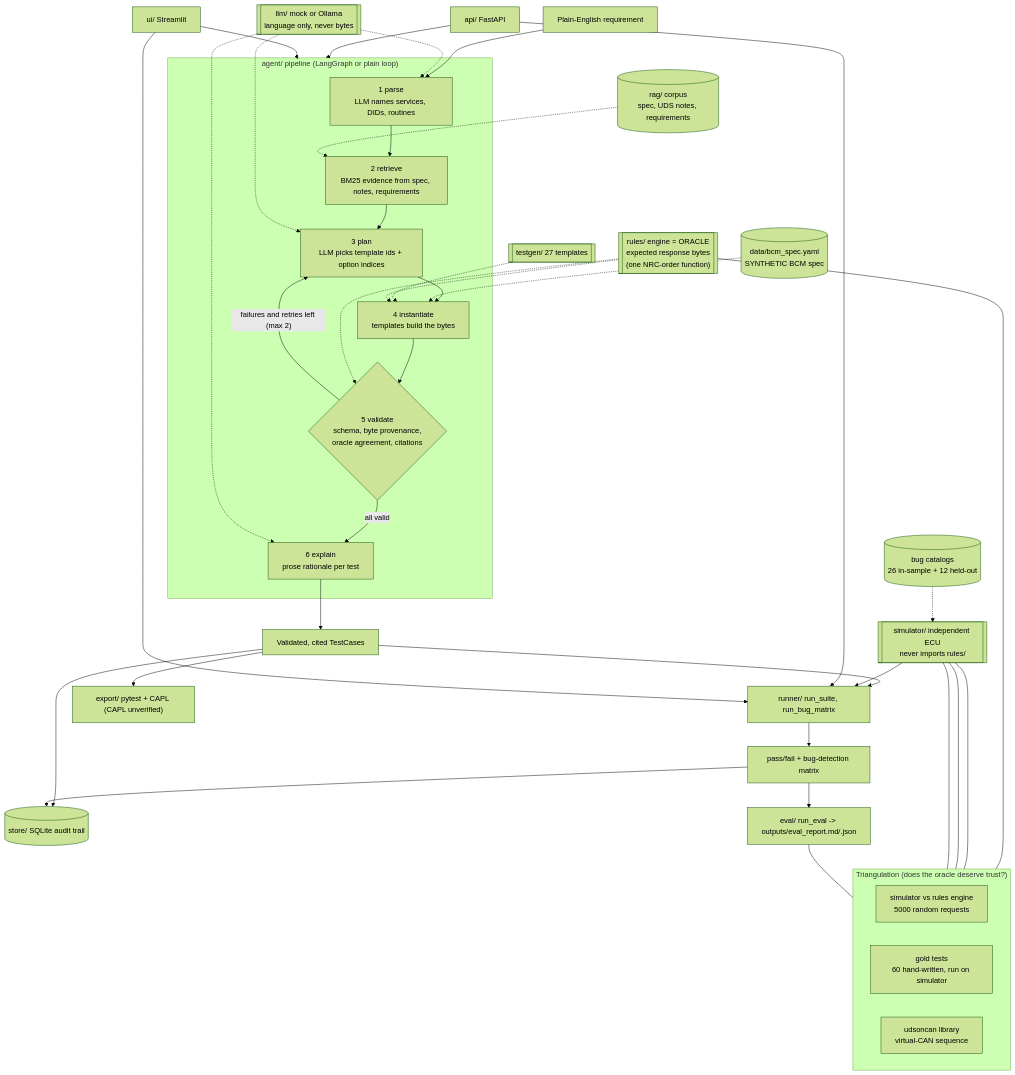
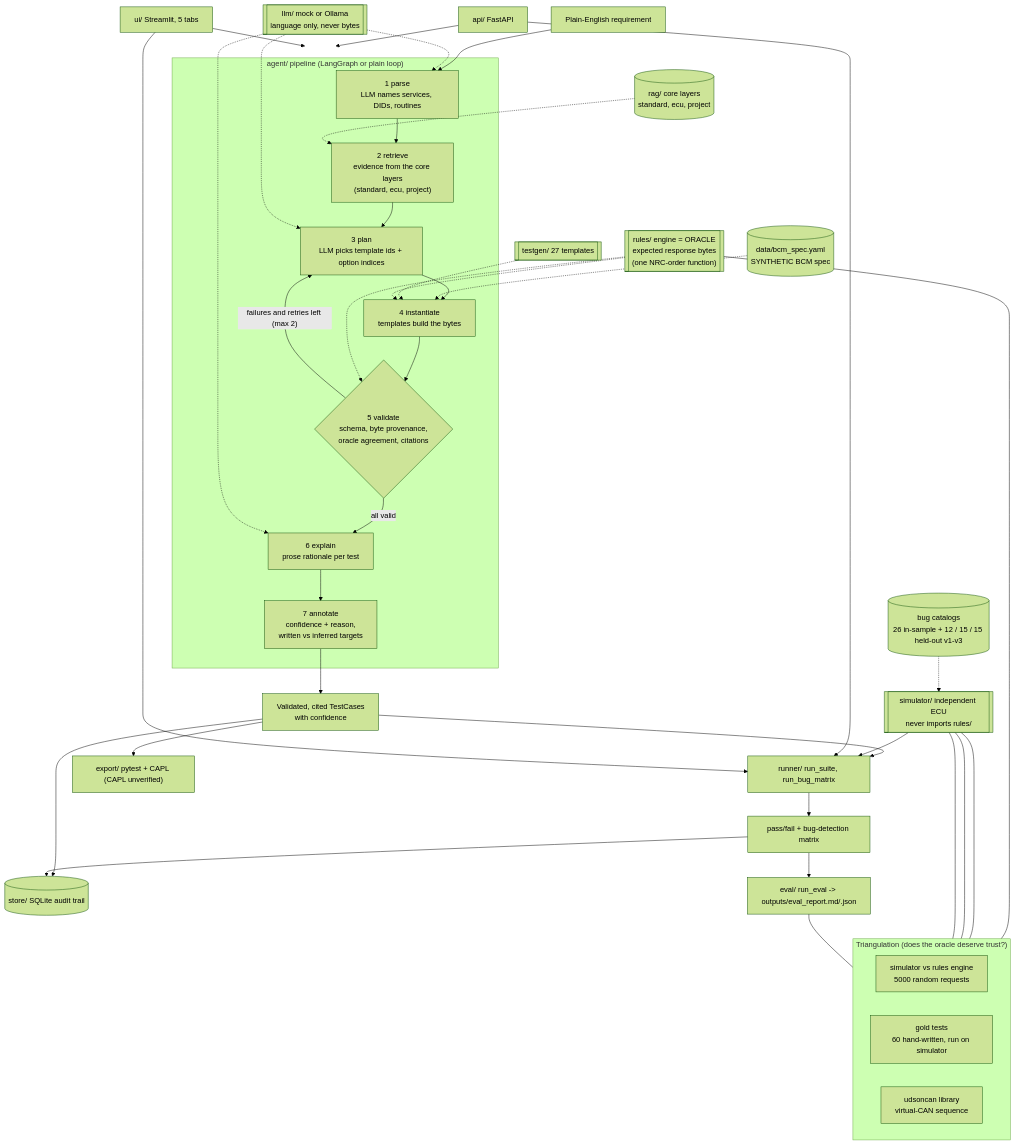
The first of 2 diagrams in docs/ARCHITECTURE.md (satyakarthikeya/tata_tech), drawn with Mermaid (forest theme) before and after one commit. The commit also changed other lines of this file and 6 other files, not shown here.

````diff
--- a/docs/ARCHITECTURE.md
+++ b/docs/ARCHITECTURE.md
@@ -5,51 +5,52 @@
 ```mermaid
 flowchart TD
     REQ["Plain-English requirement"] --> PARSE
 
     subgraph AGENT["agent/ pipeline (LangGraph or plain loop)"]
         PARSE["1 parse<br/>LLM names services, DIDs, routines"] --> RETRIEVE
-        RETRIEVE["2 retrieve<br/>BM25 evidence from spec, notes, requirements"] --> PLAN
+        RETRIEVE["2 retrieve<br/>evidence from the core layers<br/>(standard, ecu, project)"] --> PLAN
         PLAN["3 plan<br/>LLM picks template ids + option indices"] --> INST
         INST["4 instantiate<br/>templates build the bytes"] --> VAL
         VAL{"5 validate<br/>schema, byte provenance,<br/>oracle agreement, citations"}
         VAL -- "all valid" --> EXPL["6 explain<br/>prose rationale per test"]
+        EXPL --> ANN["7 annotate<br/>confidence + reason,<br/>written vs inferred targets"]
         VAL -- "failures and retries left (max 2)" --> PLAN
     end
 
     LLM[["llm/ mock or Ollama<br/>language only, never bytes"]] -.-> PARSE
     LLM -.-> PLAN
     LLM -.-> EXPL
-    RAG[("rag/ corpus<br/>spec, UDS notes, requirements")] -.-> RETRIEVE
+    RAG[("rag/ core layers<br/>standard, ecu, project")] -.-> RETRIEVE
     SPEC[("data/bcm_spec.yaml<br/>SYNTHETIC BCM spec")] -.-> INST
     TPL[["testgen/ 27 templates"]] -.-> INST
     ORACLE[["rules/ engine = ORACLE<br/>expected response bytes<br/>(one NRC-order function)"]] -.-> INST
     ORACLE -.-> VAL
 
-    EXPL --> TESTS["Validated, cited TestCases"]
+    ANN --> TESTS["Validated, cited TestCases<br/>with confidence"]
     TESTS --> STORE[("store/ SQLite audit trail")]
     TESTS --> RUNNER["runner/ run_suite, run_bug_matrix"]
     TESTS --> EXPORT["export/ pytest + CAPL (CAPL unverified)"]
 
     SIM[["simulator/ independent ECU<br/>never imports rules/"]] --> RUNNER
-    BUGS[("bug catalogs<br/>26 in-sample + 12 held-out")] -.-> SIM
+    BUGS[("bug catalogs<br/>26 in-sample + 12 / 15 / 15 held-out v1-v3")] -.-> SIM
     RUNNER --> RESULTS["pass/fail + bug-detection matrix"]
     RESULTS --> EVAL["eval/ run_eval -> outputs/eval_report.md/.json"]
     RESULTS --> STORE
 
     API["api/ FastAPI"] --> AGENT
     API --> RUNNER
-    UI["ui/ Streamlit"] --> AGENT
+    UI["ui/ Streamlit, 5 tabs"] --> AGENT
     UI --> RUNNER
 
     subgraph TRI["Triangulation (does the oracle deserve trust?)"]
         direction LR
         T1["simulator vs rules engine<br/>5000 random requests"]
         T2["gold tests<br/>60 hand-written, run on simulator"]
         T3["udsoncan library<br/>virtual-CAN sequence"]
     end
     ORACLE --- T1
     SIM --- T1
     SIM --- T2
     SIM --- T3
     EVAL --- TRI
 ```
````
